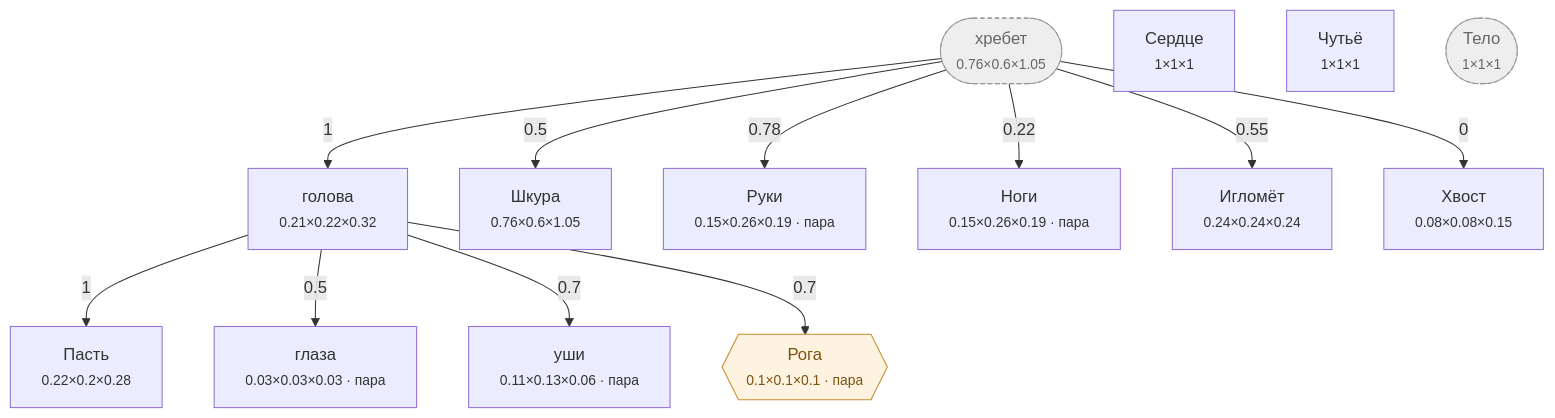
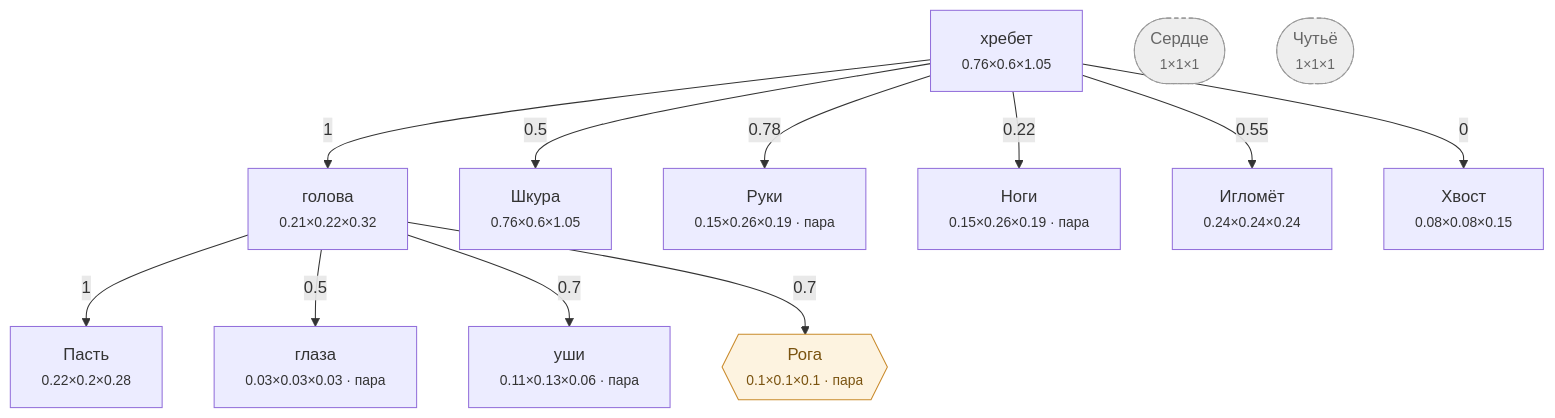
Before and after one commit to darklordshish/ChimeraEvolution-2026-06-26_15-29-59: the diagram in Docs/Диаграммы/Ёж.md, drawn with Mermaid. The commit also changed other lines of this file and 10 other files, not shown here.

````diff
--- a/Docs/Диаграммы/Ёж.md
+++ b/Docs/Диаграммы/Ёж.md
@@ -22,34 +21,33 @@
 ```mermaid
 flowchart TD
-    n0(["хребет<br/><small>0.76×0.6×1.05</small>"])
+    n0["хребет<br/><small>0.76×0.6×1.05</small>"]
     n1["голова<br/><small>0.21×0.22×0.32</small>"]
     n2["Пасть<br/><small>0.22×0.2×0.28</small>"]
     n3["глаза<br/><small>0.03×0.03×0.03 · пара</small>"]
     n4["уши<br/><small>0.11×0.13×0.06 · пара</small>"]
     n5["Шкура<br/><small>0.76×0.6×1.05</small>"]
     n6["Руки<br/><small>0.15×0.26×0.19 · пара</small>"]
     n7["Ноги<br/><small>0.15×0.26×0.19 · пара</small>"]
     n8["Игломёт<br/><small>0.24×0.24×0.24</small>"]
-    n9["Сердце<br/><small>1×1×1</small>"]
-    n10["Чутьё<br/><small>1×1×1</small>"]
-    n11(["Тело<br/><small>1×1×1</small>"])
-    n12["Хвост<br/><small>0.08×0.08×0.15</small>"]
-    n13{{"Рога<br/><small>0.1×0.1×0.1 · пара</small>"}}
+    n9(["Сердце<br/><small>1×1×1</small>"])
+    n10(["Чутьё<br/><small>1×1×1</small>"])
+    n11["Хвост<br/><small>0.08×0.08×0.15</small>"]
+    n12{{"Рога<br/><small>0.1×0.1×0.1 · пара</small>"}}
 
     n0 -->|1| n1
     n1 -->|1| n2
     n1 -->|0.5| n3
     n1 -->|0.7| n4
     n0 -->|0.5| n5
     n0 -->|0.78| n6
     n0 -->|0.22| n7
     n0 -->|0.55| n8
-    n0 -->|0| n12
-    n1 -->|0.7| n13
+    n0 -->|0| n11
+    n1 -->|0.7| n12
 
     classDef hid fill:#eee,stroke:#999,stroke-dasharray:4 3,color:#666
     classDef gr fill:#fdf3e0,stroke:#c98a2b,color:#7a5310
     classDef ch fill:#e8f2ff,stroke:#3b74c4,color:#1c3f70
-    class n0,n11 hid
-    class n13 gr
+    class n9,n10 hid
+    class n12 gr
 ```
````
